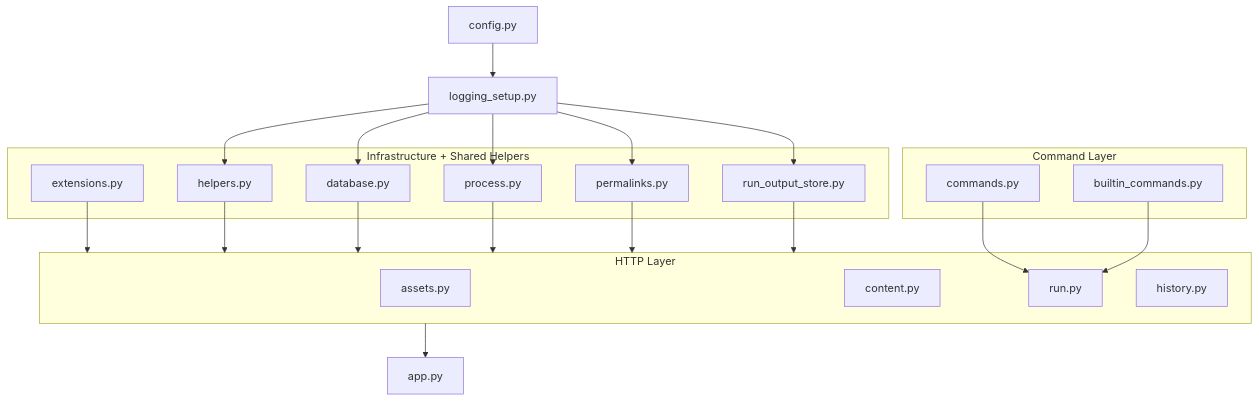
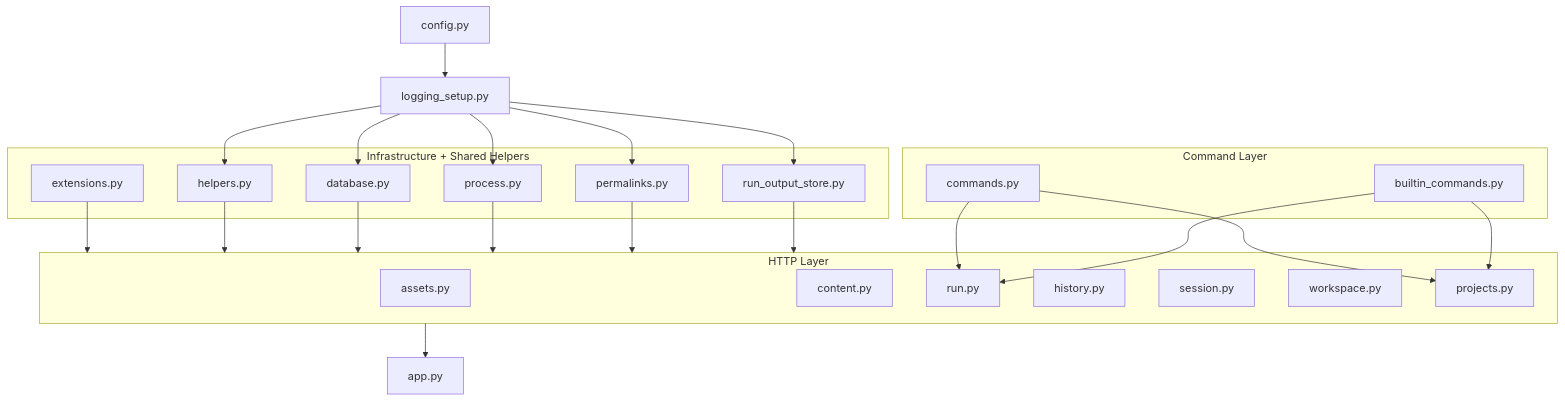
The fifth of 7 diagrams in ARCHITECTURE.md (darklab-sh/darklab-shell), drawn with Mermaid before and after one commit. The commit also changed other lines of this file and 57 other files, not shown here.

Commit message:
Complete project workspace metadata flows

````diff
--- a/ARCHITECTURE.md
+++ b/ARCHITECTURE.md
@@ -589,44 +588,49 @@
 ```mermaid
 flowchart TB
   Config["config.py"]
   Logging["logging_setup.py"]
 
   subgraph Infra["Infrastructure + Shared Helpers"]
     Helpers["helpers.py"]
     Database["database.py"]
     Process["process.py"]
     Permalinks["permalinks.py"]
     OutputStore["run_output_store.py"]
     Extensions["extensions.py"]
   end
 
   subgraph Commands["Command Layer"]
     CommandRules["commands.py"]
     BuiltinCommands["builtin_commands.py"]
   end
 
   subgraph Http["HTTP Layer"]
     Assets["assets.py"]
     Content["content.py"]
     Run["run.py"]
     History["history.py"]
+    Session["session.py"]
+    WorkspaceBp["workspace.py"]
+    Projects["projects.py"]
   end
 
   App["app.py"]
 
   Config --> Logging
   Logging --> Helpers
   Logging --> Database
   Logging --> Process
   Logging --> Permalinks
   Logging --> OutputStore
   Extensions --> Http
   Helpers --> Http
   Database --> Http
   Process --> Http
   Permalinks --> Http
   OutputStore --> Http
   CommandRules --> Run
   BuiltinCommands --> Run
+  CommandRules --> Projects
+  BuiltinCommands --> Projects
   Http --> App
 ```
````
